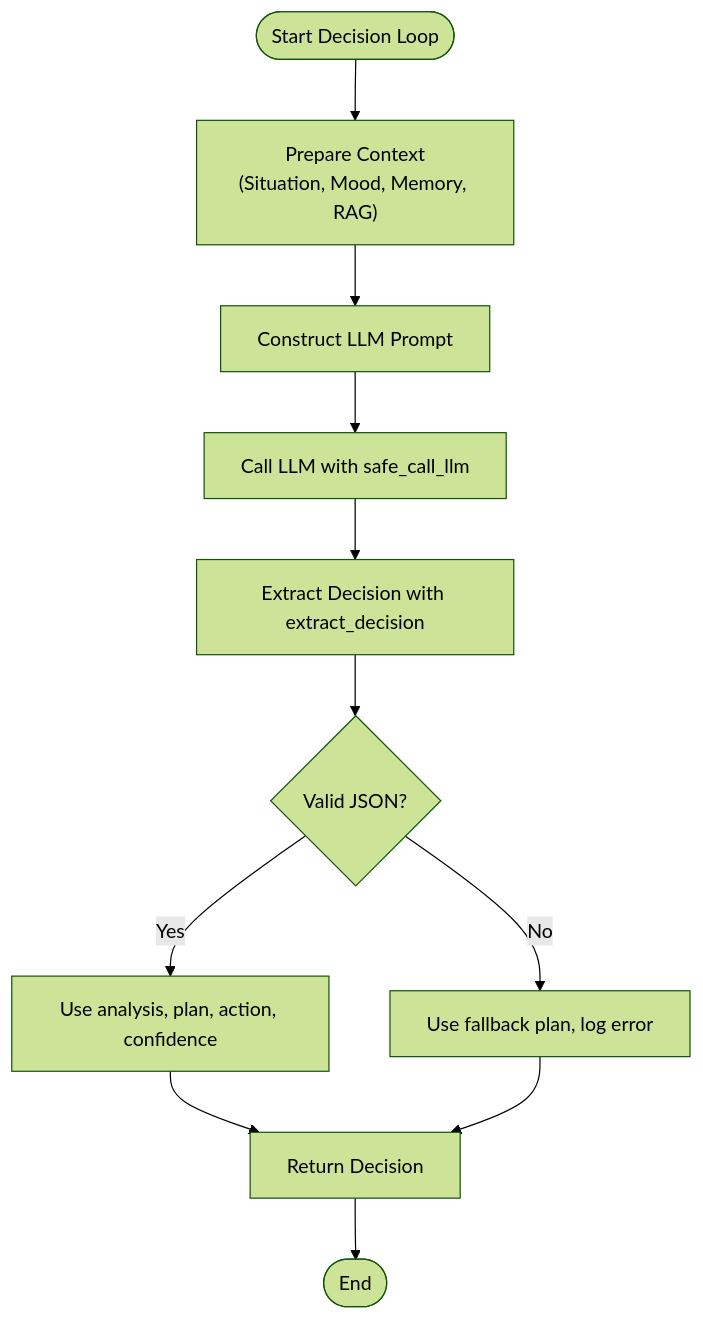
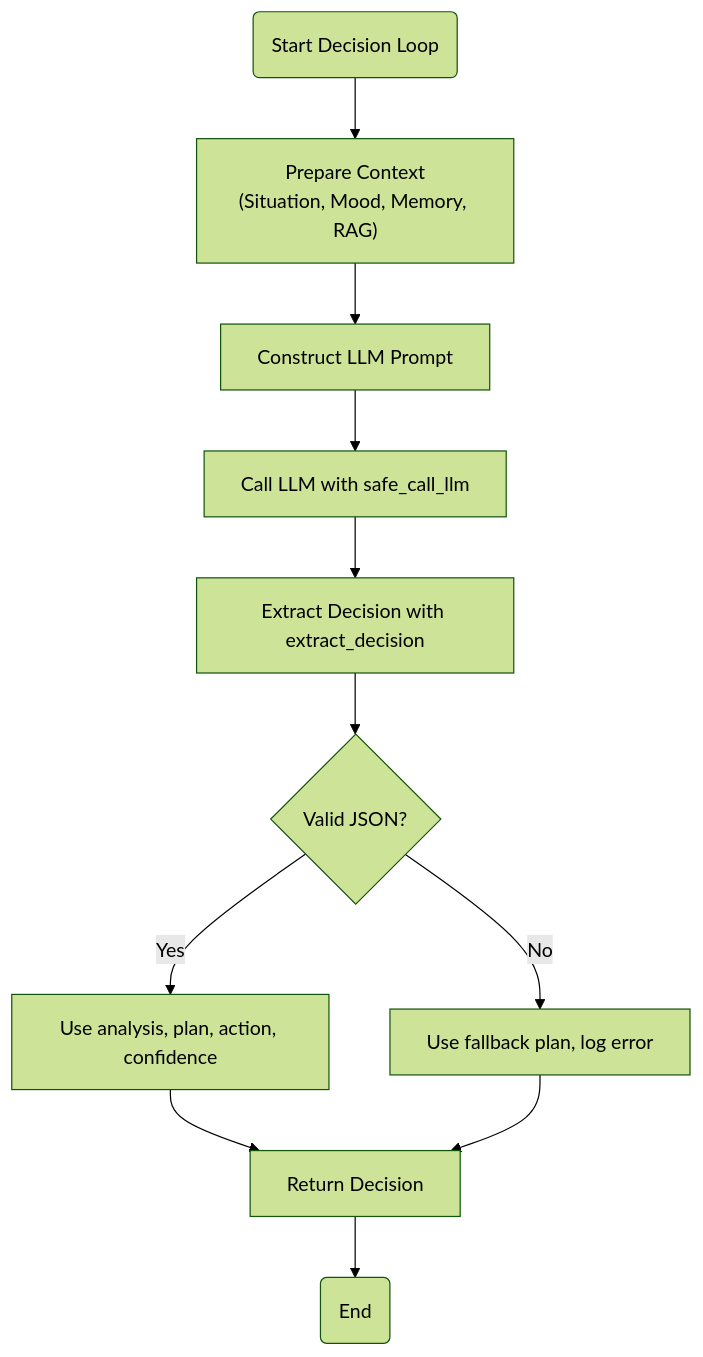
The fourth of 8 diagrams in docs/Decision-Making System.md (Likhithsai2580/RAVANA-WIKI), drawn with Mermaid (forest theme) before and after one commit. The commit also changed 31 other files, not shown here.

First line of the commit message:
Fix(docs): Correct Mermaid diagram syntax

````diff
--- a/docs/Decision-Making System.md
+++ b/docs/Decision-Making System.md
@@ -164,13 +164,13 @@
 ```mermaid
 flowchart TD
-Start([Start Decision Loop]) --> PrepareContext["Prepare Context<br/>(Situation, Mood, Memory, RAG)"]
+Start("Start Decision Loop") --> PrepareContext["Prepare Context<br/>(Situation, Mood, Memory, RAG)"]
 PrepareContext --> ConstructPrompt["Construct LLM Prompt"]
 ConstructPrompt --> CallLLM["Call LLM with safe_call_llm"]
 CallLLM --> ExtractDecision["Extract Decision with extract_decision"]
 ExtractDecision --> ParseJSON{"Valid JSON?"}
 ParseJSON --> |Yes| UseData["Use analysis, plan, action, confidence"]
 ParseJSON --> |No| Fallback["Use fallback plan, log error"]
 UseData --> ReturnDecision["Return Decision"]
 Fallback --> ReturnDecision
-ReturnDecision --> End([End])
+ReturnDecision --> End("End")
 ```
````
